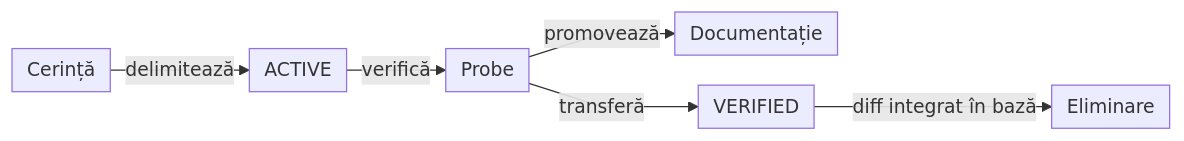
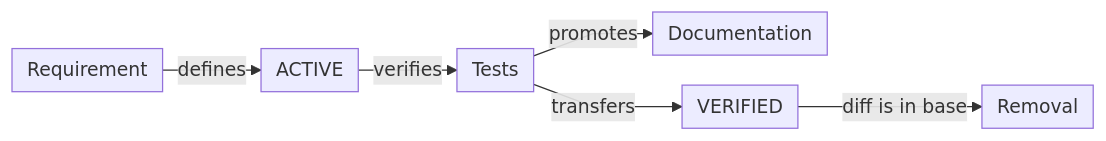
One commit to crististefanita/atf_j0 changed the diagram in docs/ATF_Test_Changes_Baseline.md. Above: the diagram before and after it, drawn with Mermaid. The commit also changed other lines of this file and 113 other files, not shown here.

````diff
--- a/docs/ATF_Test_Changes_Baseline.md
+++ b/docs/ATF_Test_Changes_Baseline.md
@@ -72,9 +68,9 @@
 ```mermaid
 %%{init: {"themeVariables":{"fontSize":"15px"},"themeCSS":".nodeLabel, .nodeLabel p { font-size: 15px !important; line-height: 1.35 !important; } .edgeLabel, .edgeLabel p { font-size: 12px !important; font-weight: 400 !important; line-height: 1.2 !important; } .edgeLabel .labelBkg, .edgeLabel p { background: transparent !important; } .edgeLabel foreignObject { transform: translateY(-18px); overflow: visible; } .node rect { rx: 6px; ry: 6px; }","flowchart":{"curve":"linear","nodeSpacing":24,"rankSpacing":24,"padding":6,"diagramPadding":20}}}%%
 flowchart LR
-    Need["Cerință"] -->|delimitează| Active["ACTIVE"]
-    Active -->|verifică| Proof["Probe"]
-    Proof -->|promovează| Docs["Documentație"]
-    Proof -->|transferă| Verified["VERIFIED"]
-    Verified -->|diff integrat în bază| Remove["Eliminare"]
+    Need["Requirement"] -->|defines| Active["ACTIVE"]
+    Active -->|verifies| Proof["Tests"]
+    Proof -->|promotes| Docs["Documentation"]
+    Proof -->|transfers| Verified["VERIFIED"]
+    Verified -->|diff is in base| Remove["Removal"]
 ```
````
